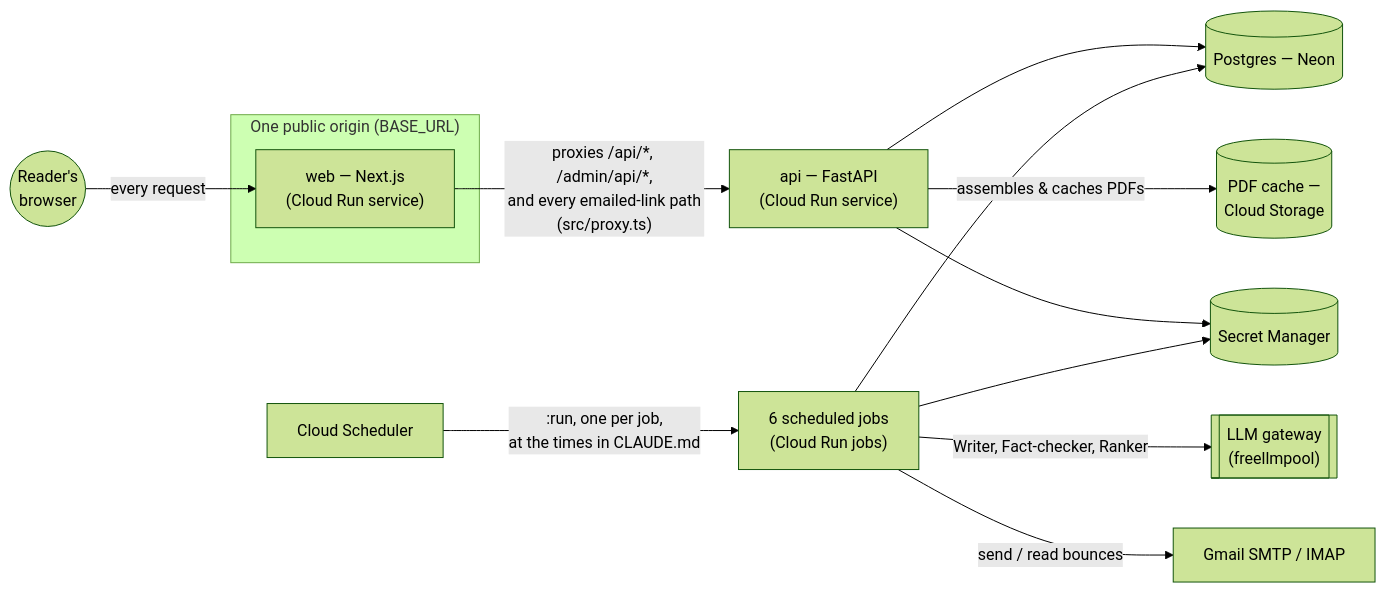
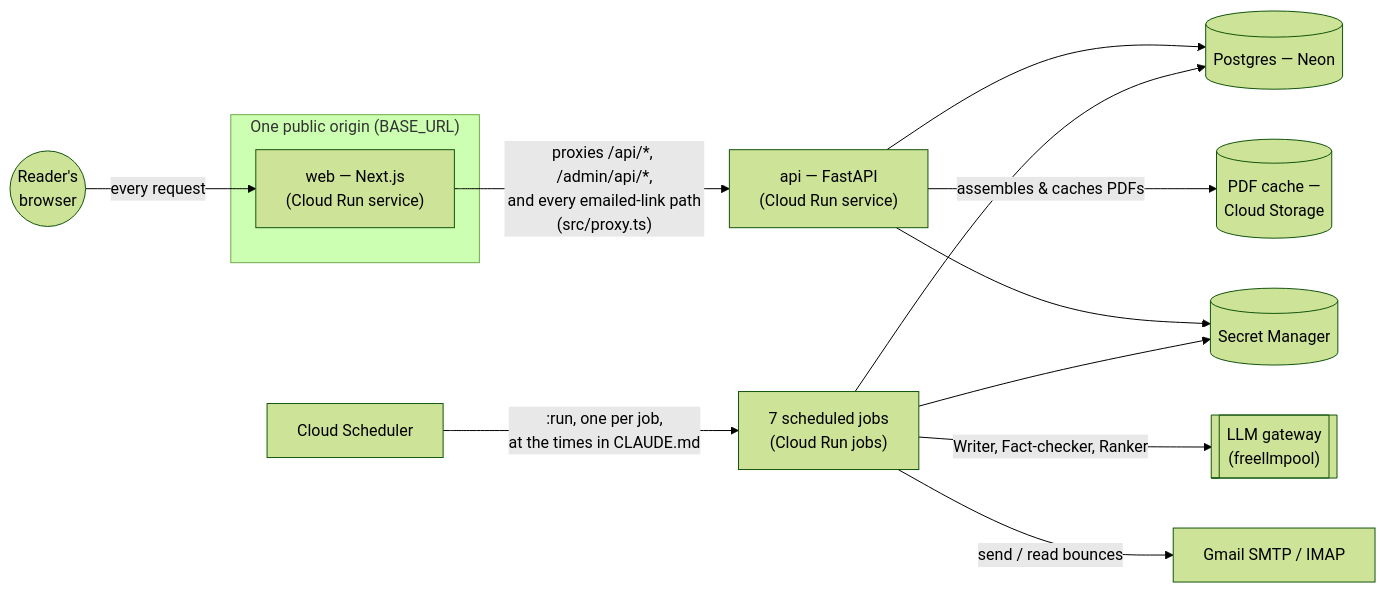
One commit to gurpreetmattu/the-morning-mosaic changed the first of 3 diagrams in docs/architecture.md. Above: the diagram before and after it, drawn with Mermaid (forest theme). The commit also changed other lines of this file and 13 other files, not shown here.

````diff
--- a/docs/architecture.md
+++ b/docs/architecture.md
@@ -9,28 +9,28 @@
 ```mermaid
 flowchart LR
     reader((Reader's<br/>browser))
     scheduler[Cloud Scheduler]
 
     subgraph "One public origin (BASE_URL)"
         web["web — Next.js<br/>(Cloud Run service)"]
     end
 
     api["api — FastAPI<br/>(Cloud Run service)"]
-    jobs["6 scheduled jobs<br/>(Cloud Run jobs)"]
+    jobs["7 scheduled jobs<br/>(Cloud Run jobs)"]
     db[(Postgres — Neon)]
     llm[["LLM gateway<br/>(freellmpool)"]]
     secrets[(Secret Manager)]
     pdf[(PDF cache —<br/>Cloud Storage)]
     gmail[Gmail SMTP / IMAP]
 
     reader -->|every request| web
     web -->|"proxies /api/*, /admin/api/*,<br/>and every emailed-link path<br/>(src/proxy.ts)"| api
     scheduler -->|":run, one per job,<br/>at the times in CLAUDE.md"| jobs
     api --> db
     jobs --> db
     api -->|assembles & caches PDFs| pdf
     jobs -->|Writer, Fact-checker, Ranker| llm
     jobs -->|send / read bounces| gmail
     api --> secrets
     jobs --> secrets
 ```
````
